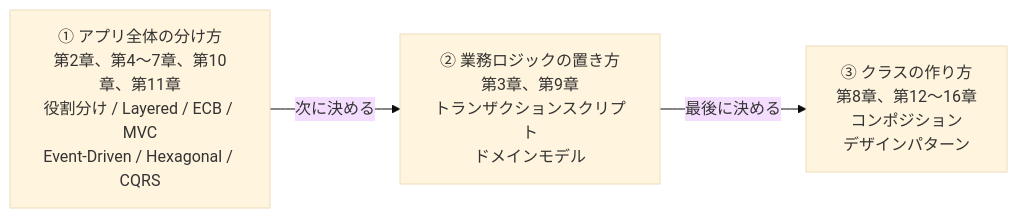
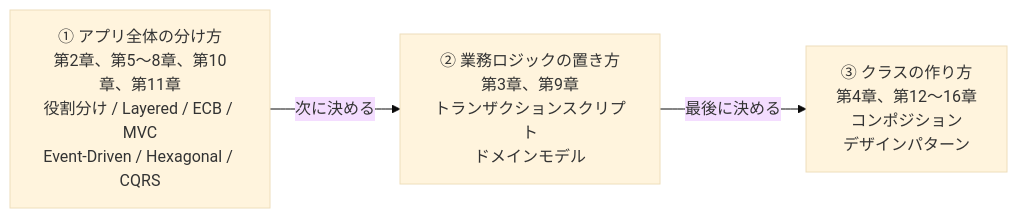
One commit to t-inoue0214/starter-code-design changed the second of 5 diagrams in chapters/00-paradigms.md. Above: the diagram before and after it, drawn with Mermaid (base theme). The commit also changed other lines of this file and 171 other files, not shown here.

````diff
--- a/chapters/00-paradigms.md
+++ b/chapters/00-paradigms.md
@@ -46,8 +46,8 @@
 ```mermaid
 flowchart LR
-    A1["① アプリ全体の分け方<br/>第2章、第4〜7章、第10章、第11章<br/>役割分け / Layered / ECB / MVC<br/>Event-Driven / Hexagonal / CQRS"]
+    A1["① アプリ全体の分け方<br/>第2章、第5〜8章、第10章、第11章<br/>役割分け / Layered / ECB / MVC<br/>Event-Driven / Hexagonal / CQRS"]
     A2["② 業務ロジックの置き方<br/>第3章、第9章<br/>トランザクションスクリプト<br/>ドメインモデル"]
-    A3["③ クラスの作り方<br/>第8章、第12〜16章<br/>コンポジション<br/>デザインパターン"]
+    A3["③ クラスの作り方<br/>第4章、第12〜16章<br/>コンポジション<br/>デザインパターン"]
     A1 -->|"次に決める"| A2
     A2 -->|"最後に決める"| A3
 ```
````
